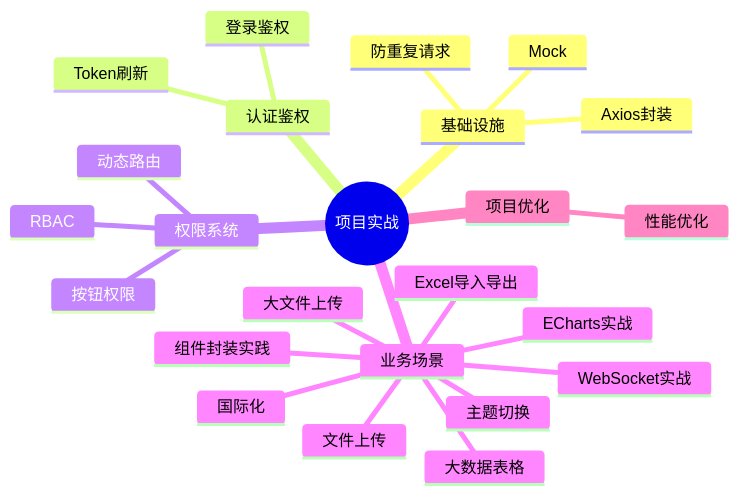
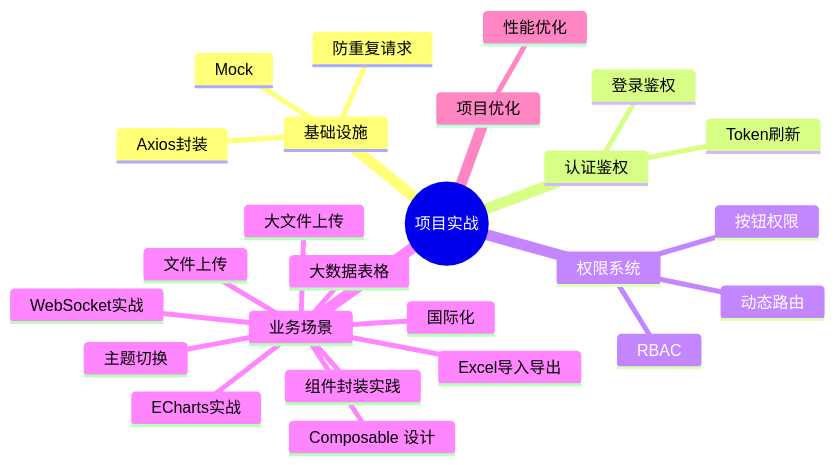
One commit to zjh42139/interview-notes changed the diagram in docs/项目实战/index.md. Above: the diagram before and after it, drawn with Mermaid. The commit also changed other lines of this file and 14 other files, not shown here.

````diff
--- a/docs/项目实战/index.md
+++ b/docs/项目实战/index.md
@@ -9,27 +9,28 @@
 ```mermaid
 mindmap
   root((项目实战))
     基础设施
       Axios封装
       防重复请求
       Mock
     认证鉴权
       登录鉴权
       Token刷新
     权限系统
       动态路由
       RBAC
       按钮权限
     业务场景
       文件上传
       Excel导入导出
       大数据表格
+      Composable 设计
       国际化
       主题切换
       组件封装实践
       WebSocket实战
       ECharts实战
       大文件上传
     项目优化
       性能优化
 ```
````
